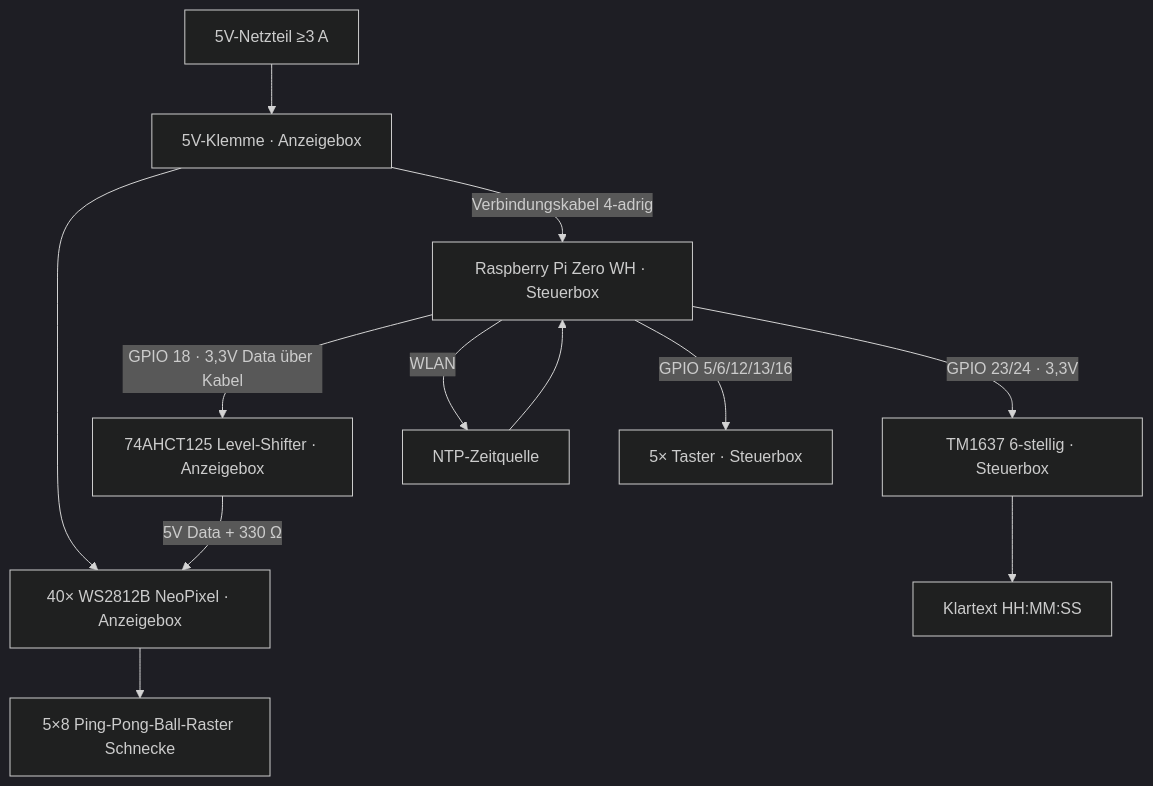
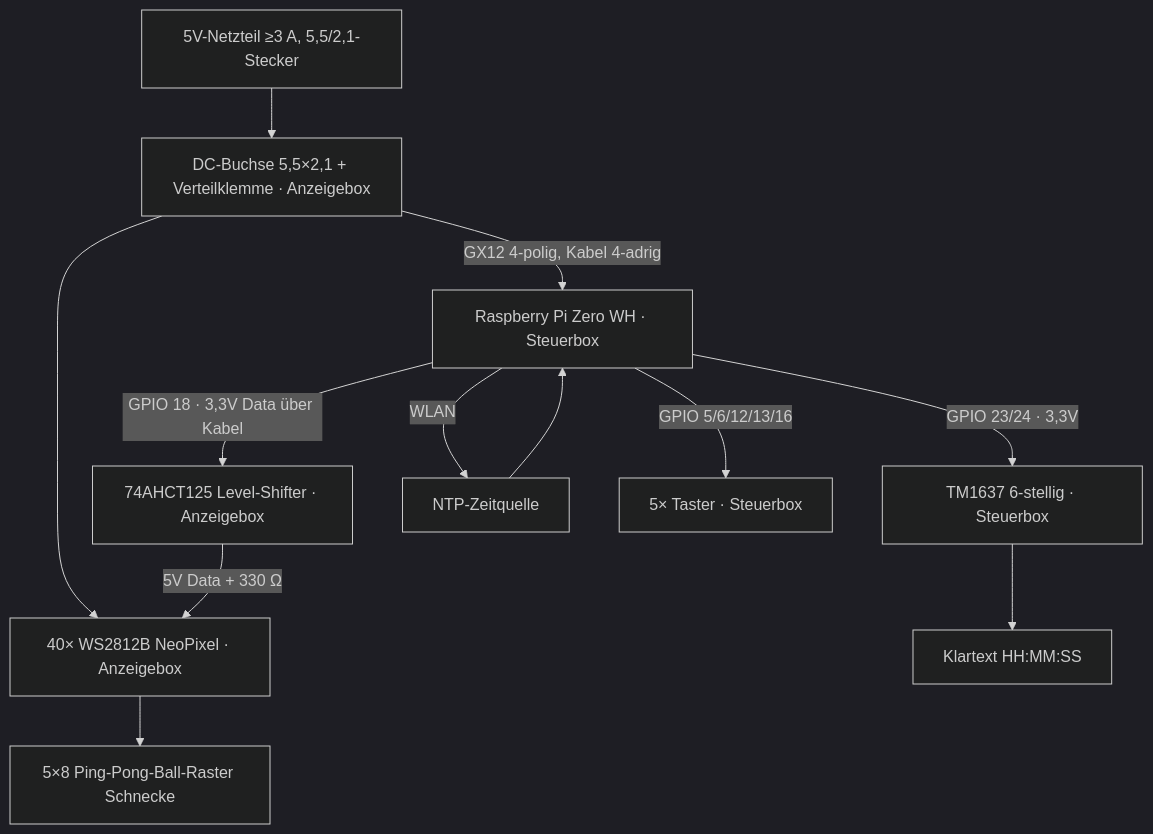
The first of 2 diagrams in docs/Fibonacci_PingPong_Uhr_Bauanleitung.md (Paul-3400/fibonacci-ping-pong-clock), drawn with Mermaid (dark theme) before and after one commit. The commit also changed other lines of this file, not shown here.

Commit message:
docs: Steckverbinder hinterlegt – DC-Buchse 5,5x2,1 mm (5V-Zuleitung) + GX12-Kupplungspaar 4-polig (Verbindungskabel)

````diff
--- a/docs/Fibonacci_PingPong_Uhr_Bauanleitung.md
+++ b/docs/Fibonacci_PingPong_Uhr_Bauanleitung.md
@@ -101,14 +101,14 @@
 ```mermaid
 graph TD
-    NET[5V-Netzteil ≥3 A] --> KL[5V-Klemme · Anzeigebox]
+    NET[5V-Netzteil ≥3 A, 5,5/2,1-Stecker] --> KL[DC-Buchse 5,5×2,1 + Verteilklemme · Anzeigebox]
     KL --> B[40× WS2812B NeoPixel · Anzeigebox]
-    KL -->|Verbindungskabel 4-adrig| A[Raspberry Pi Zero WH · Steuerbox]
+    KL -->|GX12 4-polig, Kabel 4-adrig| A[Raspberry Pi Zero WH · Steuerbox]
     A -->|GPIO 18 · 3,3V Data über Kabel| S[74AHCT125 Level-Shifter · Anzeigebox]
     S -->|5V Data + 330 Ω| B
     A -->|GPIO 23/24 · 3,3V| C[TM1637 6-stellig · Steuerbox]
     A -->|WLAN| D[NTP-Zeitquelle]
     D --> A
     A -->|GPIO 5/6/12/13/16| G[5× Taster · Steuerbox]
     B --> E[5×8 Ping-Pong-Ball-Raster Schnecke]
     C --> F[Klartext HH:MM:SS]
 ```
````
